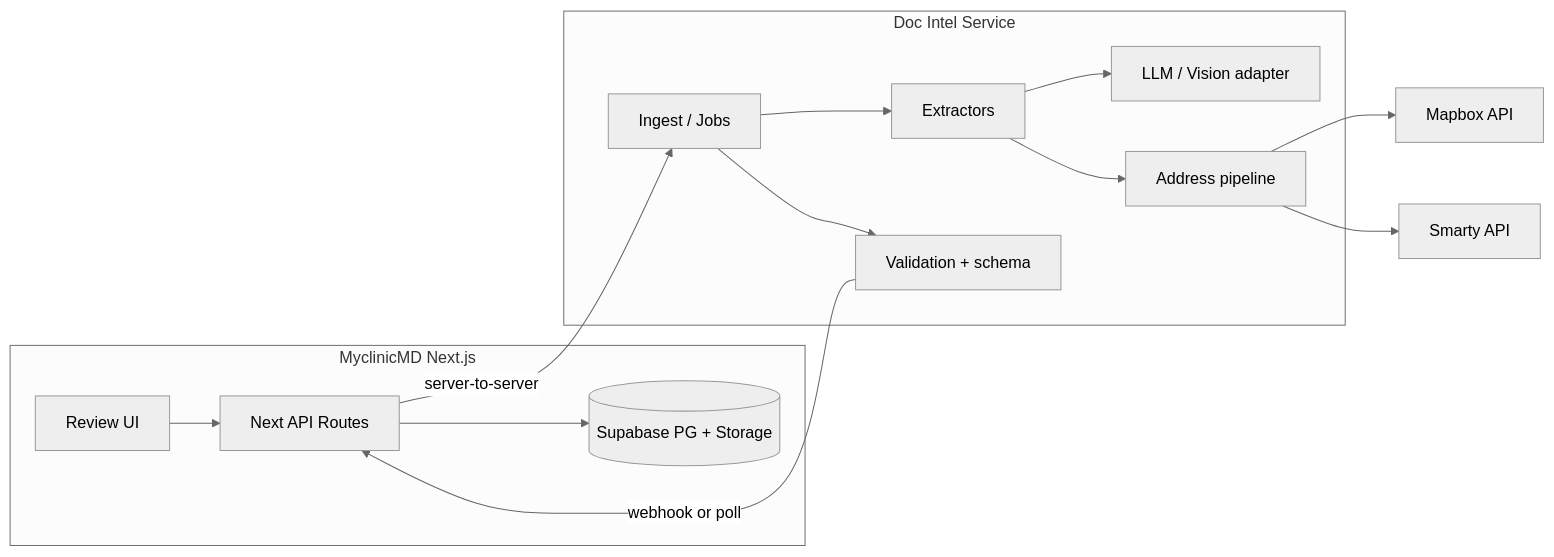
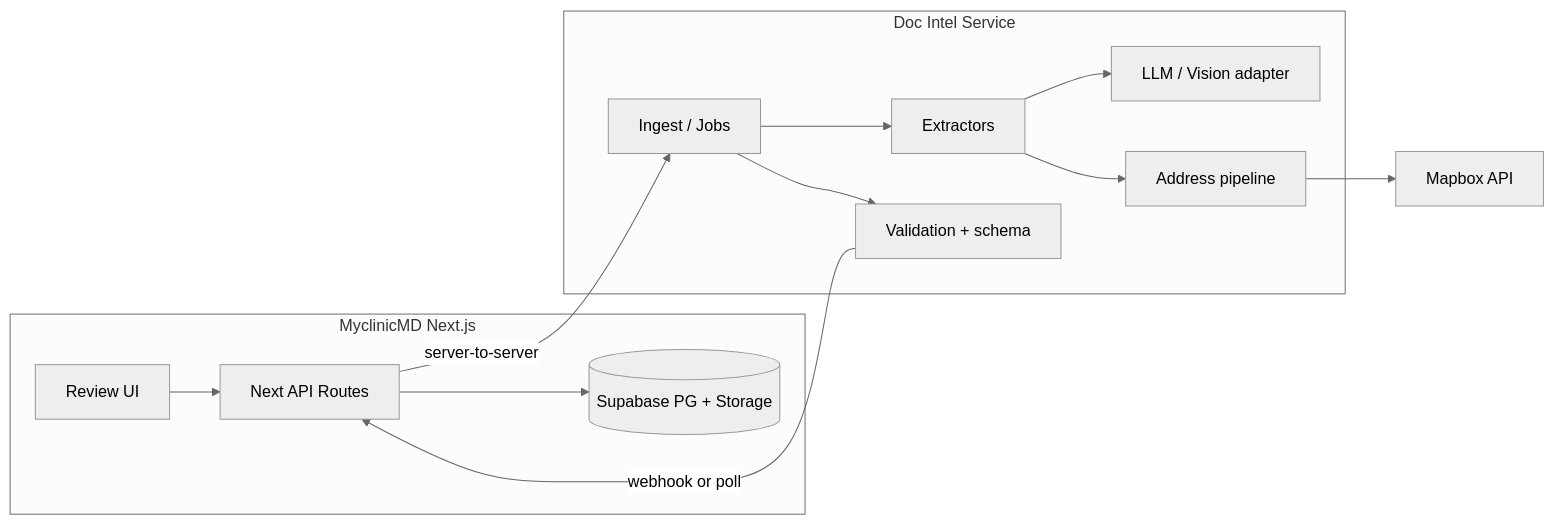
Before and after one commit to rnco123/MEMR: the diagram in docs/IMMIGRATION_DOC_INTEL_API_SPEC.md, drawn with Mermaid (neutral theme). The commit also changed other lines of this file and 11 other files, not shown here.

````diff
--- a/docs/IMMIGRATION_DOC_INTEL_API_SPEC.md
+++ b/docs/IMMIGRATION_DOC_INTEL_API_SPEC.md
@@ -36,25 +36,24 @@
 ```mermaid
 flowchart LR
   subgraph emr [MyclinicMD Next.js]
     UI[Review UI]
     API[Next API Routes]
     SB[(Supabase PG + Storage)]
   end
   subgraph svc [Doc Intel Service]
     ING[Ingest / Jobs]
     EXT[Extractors]
     LLM[LLM / Vision adapter]
     ADDR[Address pipeline]
     VAL[Validation + schema]
   end
   UI --> API
   API --> SB
   API -->|server-to-server| ING
   ING --> EXT
   EXT --> LLM
   EXT --> ADDR
   ADDR --> Mapbox[Mapbox API]
-  ADDR --> Smarty[Smarty API]
   ING --> VAL
   VAL -->|webhook or poll| API
 ```
````
